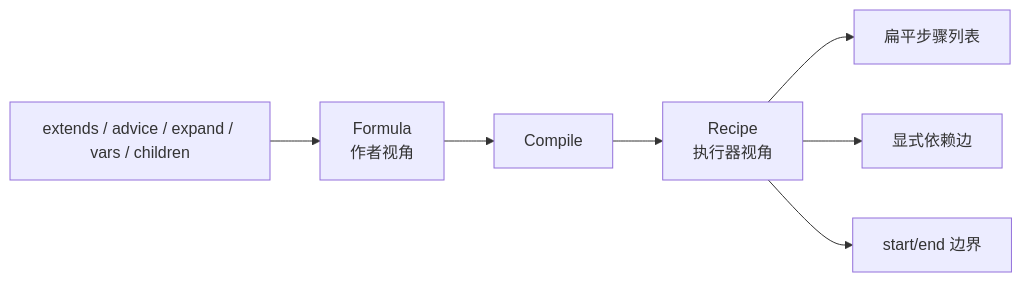
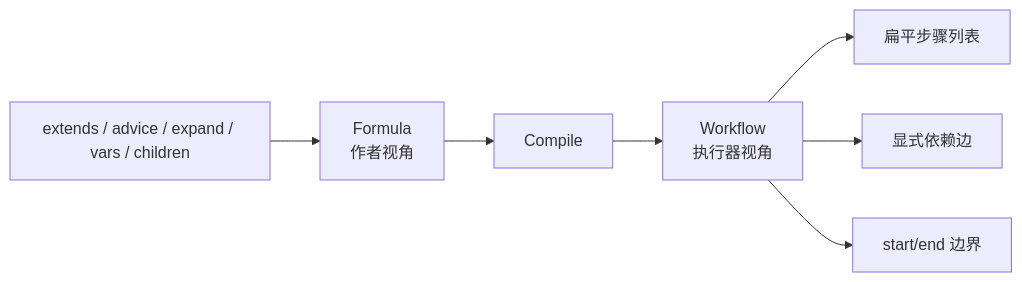
The second of 8 diagrams in ai-docs/formula-system.md (sjzsdu/tt), drawn with Mermaid before and after one commit. The commit also changed other lines of this file and 19 other files, not shown here.

````diff
--- a/ai-docs/formula-system.md
+++ b/ai-docs/formula-system.md
@@ -112,10 +112,10 @@
 ```mermaid
 flowchart LR
     A[Formula\n作者视角] --> B[Compile]
-    B --> C[Recipe\n执行器视角]
+    B --> C[Workflow\n执行器视角]
 
     A1[extends / advice / expand / vars / children] --> A
     C --> C1[扁平步骤列表]
     C --> C2[显式依赖边]
     C --> C3[start/end 边界]
 ```
````
